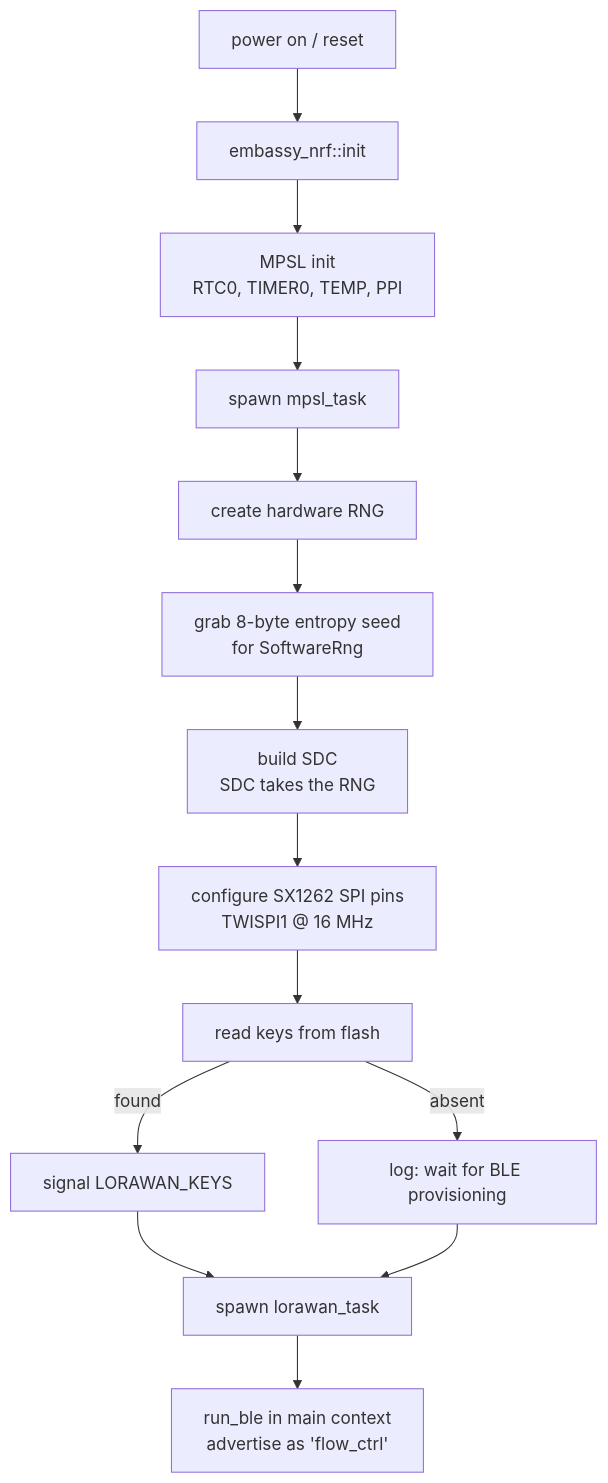
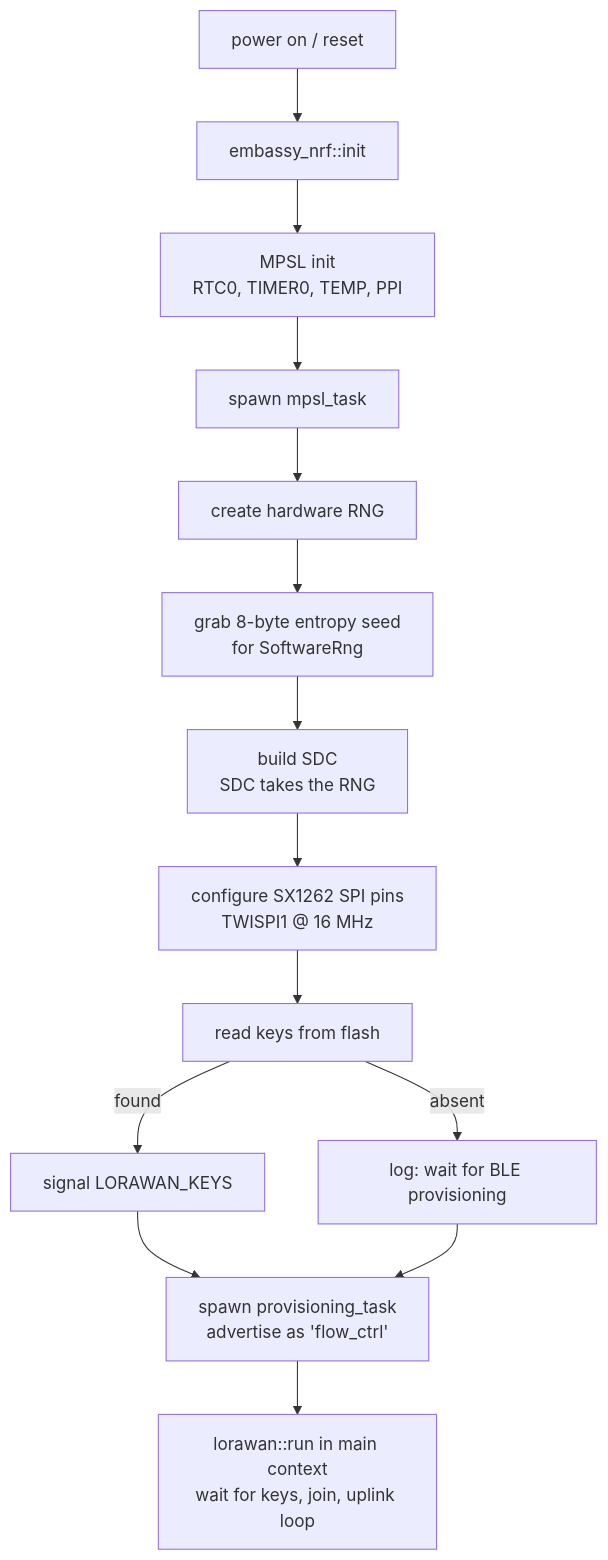
One commit to ponix-dev/flow_controller changed the first of 2 diagrams in docs/startup.md. Above: the diagram before and after it, drawn with Mermaid. The commit also changed other lines of this file and 5 other files, not shown here.

````diff
--- a/docs/startup.md
+++ b/docs/startup.md
@@ -17,16 +17,16 @@
 ```mermaid
 flowchart TD
     A[power on / reset] --> B[embassy_nrf::init]
     B --> C[MPSL init<br/>RTC0, TIMER0, TEMP, PPI]
     C --> D[spawn mpsl_task]
     D --> E[create hardware RNG]
     E --> F[grab 8-byte entropy seed<br/>for SoftwareRng]
     F --> G[build SDC<br/>SDC takes the RNG]
     G --> H[configure SX1262 SPI pins<br/>TWISPI1 @ 16 MHz]
     H --> I[read keys from flash]
     I -->|found| J[signal LORAWAN_KEYS]
     I -->|absent| K[log: wait for BLE provisioning]
-    J --> L[spawn lorawan_task]
+    J --> L[spawn provisioning_task<br/>advertise as 'flow_ctrl']
     K --> L
-    L --> M[run_ble in main context<br/>advertise as 'flow_ctrl']
+    L --> M[lorawan::run in main context<br/>wait for keys, join, uplink loop]
 ```
````
